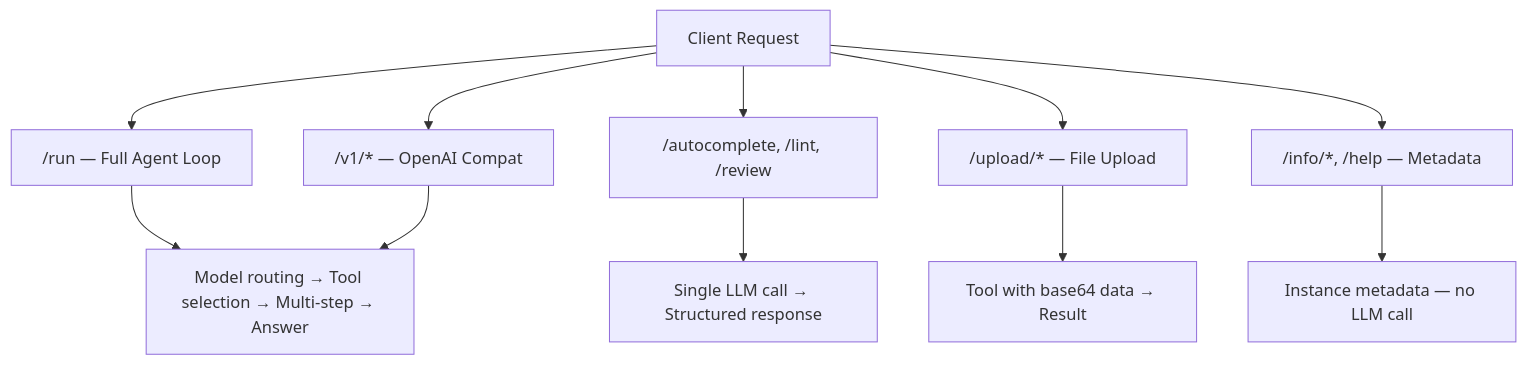
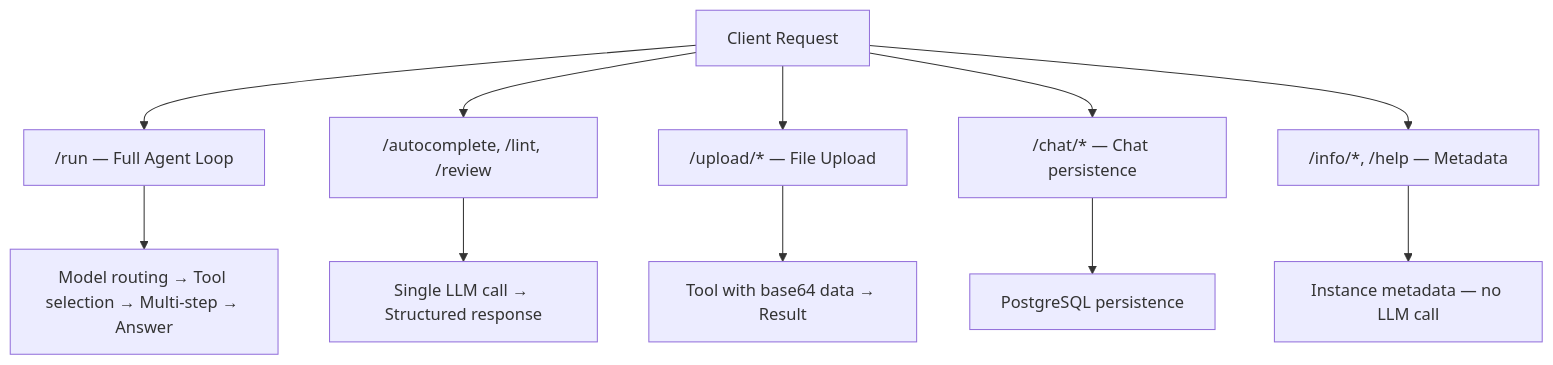
The first of 3 diagrams in docs/endpoint-map.md (Guebbit/manna), drawn with Mermaid before and after one commit. The commit also changed other lines of this file and 5 other files, not shown here.

````diff
--- a/docs/endpoint-map.md
+++ b/docs/endpoint-map.md
@@ -81,14 +92,14 @@
 ```mermaid
 flowchart TD
     Client[Client Request]
     Client --> Generic["/run — Full Agent Loop"]
     Client --> Specialized["/autocomplete, /lint, /review"]
     Client --> Upload["/upload/* — File Upload"]
-    Client --> OpenAI["/v1/* — OpenAI Compat"]
+    Client --> Chat["/chat/* — Chat persistence"]
     Client --> Info["/info/*, /help — Metadata"]
     Generic --> AgentLoop["Model routing → Tool selection → Multi-step → Answer"]
     Specialized --> SingleLLM["Single LLM call → Structured response"]
     Upload --> ToolDirect["Tool with base64 data → Result"]
-    OpenAI --> AgentLoop
+    Chat --> Persist["PostgreSQL persistence"]
     Info --> Static["Instance metadata — no LLM call"]
 ```
````
